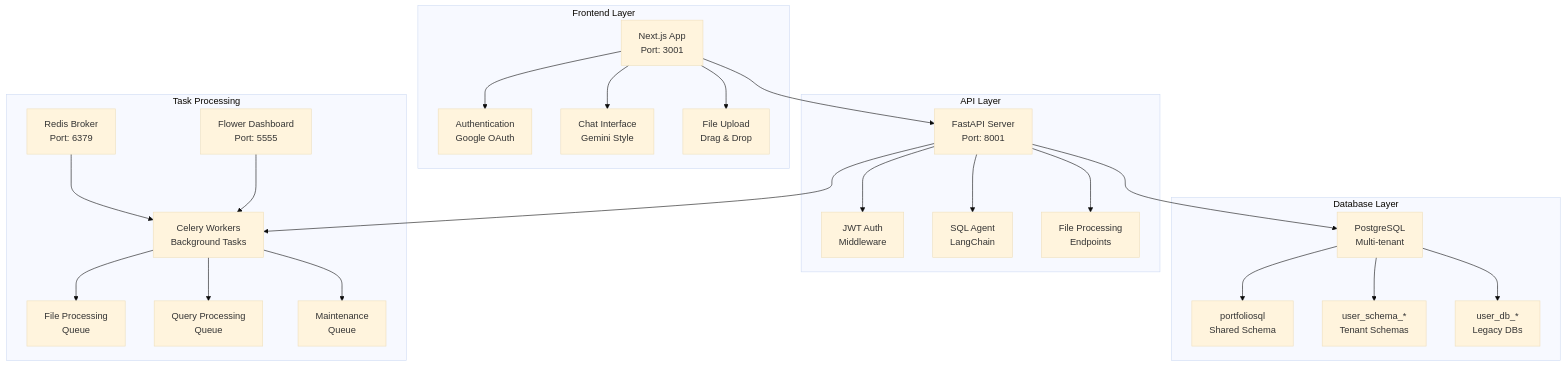
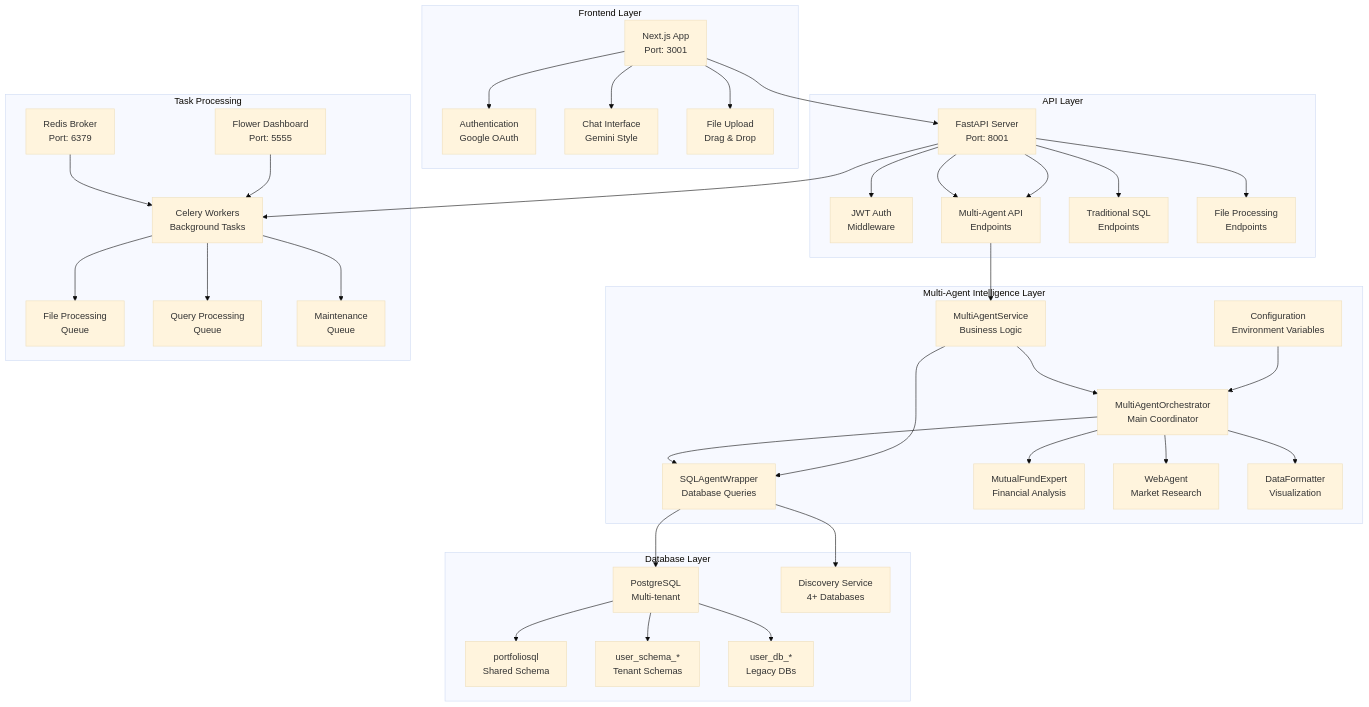
Before and after one commit to CodieIndieTechie/schema-sql-agent: the diagram in README.md, drawn with Mermaid (base theme). The commit also changed other lines of this file and 26 other files, not shown here.

````diff
--- a/README.md
+++ b/README.md
@@ -51,36 +98,51 @@
 ```mermaid
 graph TB
     subgraph "Frontend Layer"
         A[Next.js App<br/>Port: 3001] --> B[Authentication<br/>Google OAuth]
         A --> C[Chat Interface<br/>Gemini Style]
         A --> D[File Upload<br/>Drag & Drop]
     end
     
     subgraph "API Layer"
         E[FastAPI Server<br/>Port: 8001] --> F[JWT Auth<br/>Middleware]
-        E --> G[SQL Agent<br/>LangChain]
-        E --> H[File Processing<br/>Endpoints]
+        E --> G[Multi-Agent API<br/>Endpoints]
+        E --> H[Traditional SQL<br/>Endpoints]
+        E --> I[File Processing<br/>Endpoints]
+    end
+    
+    subgraph "Multi-Agent Intelligence Layer"
+        J[MultiAgentOrchestrator<br/>Main Coordinator] --> K[SQLAgentWrapper<br/>Database Queries]
+        J --> L[MutualFundExpert<br/>Financial Analysis]
+        J --> M[WebAgent<br/>Market Research]
+        J --> N[DataFormatter<br/>Visualization]
+        O[MultiAgentService<br/>Business Logic] --> J
+        P[Configuration<br/>Environment Variables] --> J
     end
     
     subgraph "Task Processing"
-        I[Celery Workers<br/>Background Tasks] --> J[File Processing<br/>Queue]
-        I --> K[Query Processing<br/>Queue]
-        I --> L[Maintenance<br/>Queue]
-        M[Redis Broker<br/>Port: 6379] --> I
-        N[Flower Dashboard<br/>Port: 5555] --> I
+        Q[Celery Workers<br/>Background Tasks] --> R[File Processing<br/>Queue]
+        Q --> S[Query Processing<br/>Queue]
+        Q --> T[Maintenance<br/>Queue]
+        U[Redis Broker<br/>Port: 6379] --> Q
+        V[Flower Dashboard<br/>Port: 5555] --> Q
     end
     
     subgraph "Database Layer"
-        O[PostgreSQL<br/>Multi-tenant]
-        P[portfoliosql<br/>Shared Schema]
-        Q[user_schema_*<br/>Tenant Schemas]
-        R[user_db_*<br/>Legacy DBs]
+        W[PostgreSQL<br/>Multi-tenant]
+        X[portfoliosql<br/>Shared Schema]
+        Y[user_schema_*<br/>Tenant Schemas]
+        Z[user_db_*<br/>Legacy DBs]
+        AA[Discovery Service<br/>4+ Databases]
     end
     
     A --> E
-    E --> I
-    E --> O
-    O --> P
-    O --> Q
-    O --> R
+    E --> G
+    G --> O
+    O --> K
+    K --> W
+    E --> Q
+    W --> X
+    W --> Y
+    W --> Z
+    K --> AA
 ```
````
